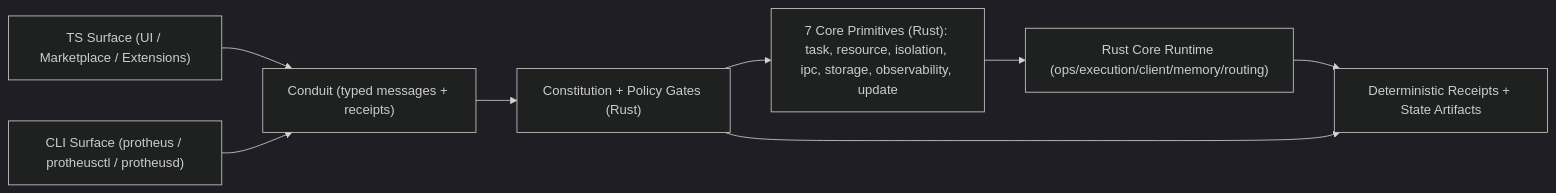
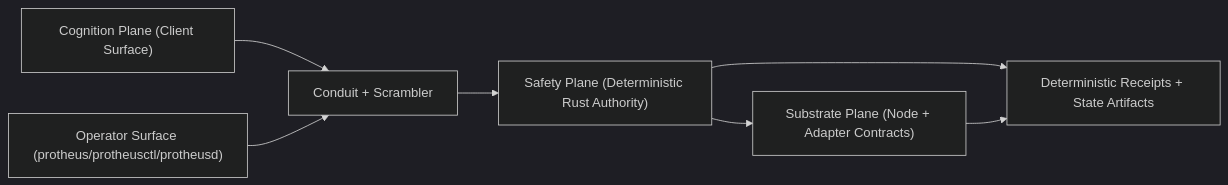
One commit to jakerslam/protheus changed the diagram in ARCHITECTURE.md. Above: the diagram before and after it, drawn with Mermaid (dark theme). The commit also changed other lines of this file and 73 other files, not shown here.

Commit message:
feat: advance plane migration and ambient runtime hardening

````diff
--- a/ARCHITECTURE.md
+++ b/ARCHITECTURE.md
@@ -15,18 +28,16 @@
 ```mermaid
 flowchart LR
-    UI["TS Surface (UI / Marketplace / Extensions)"]
-    CLI["CLI Surface (protheus / protheusctl / protheusd)"]
-    CONDUIT["Conduit (typed messages + receipts)"]
-    POLICY["Constitution + Policy Gates (Rust)"]
-    PRIMS["7 Core Primitives (Rust): task, resource, isolation, ipc, storage, observability, update"]
-    CORE["Rust Core Runtime (ops/execution/client/memory/routing)"]
-    STATE["Deterministic Receipts + State Artifacts"]
+    UI["Cognition Plane (Client Surface)"]
+    CLI["Operator Surface (protheus/protheusctl/protheusd)"]
+    CONDUIT["Conduit + Scrambler"]
+    SAFETY["Safety Plane (Deterministic Rust Authority)"]
+    SUBSTRATE["Substrate Plane (Node + Adapter Contracts)"]
+    RECEIPTS["Deterministic Receipts + State Artifacts"]
 
     UI --> CONDUIT
     CLI --> CONDUIT
-    CONDUIT --> POLICY
-    POLICY --> PRIMS
-    PRIMS --> CORE
-    CORE --> STATE
-    POLICY --> STATE
+    CONDUIT --> SAFETY
+    SAFETY --> SUBSTRATE
+    SAFETY --> RECEIPTS
+    SUBSTRATE --> RECEIPTS
 ```
````
